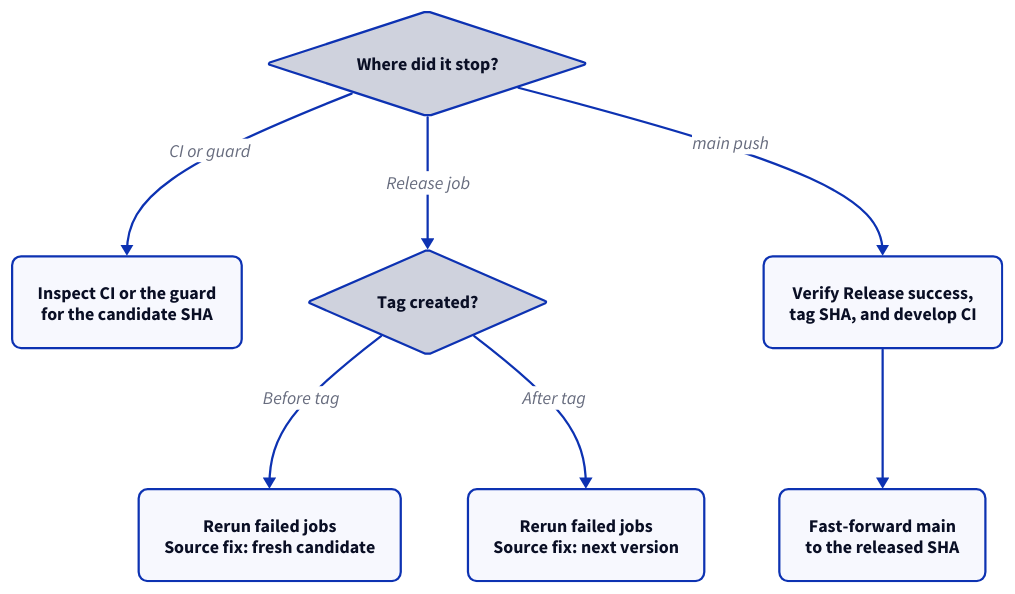
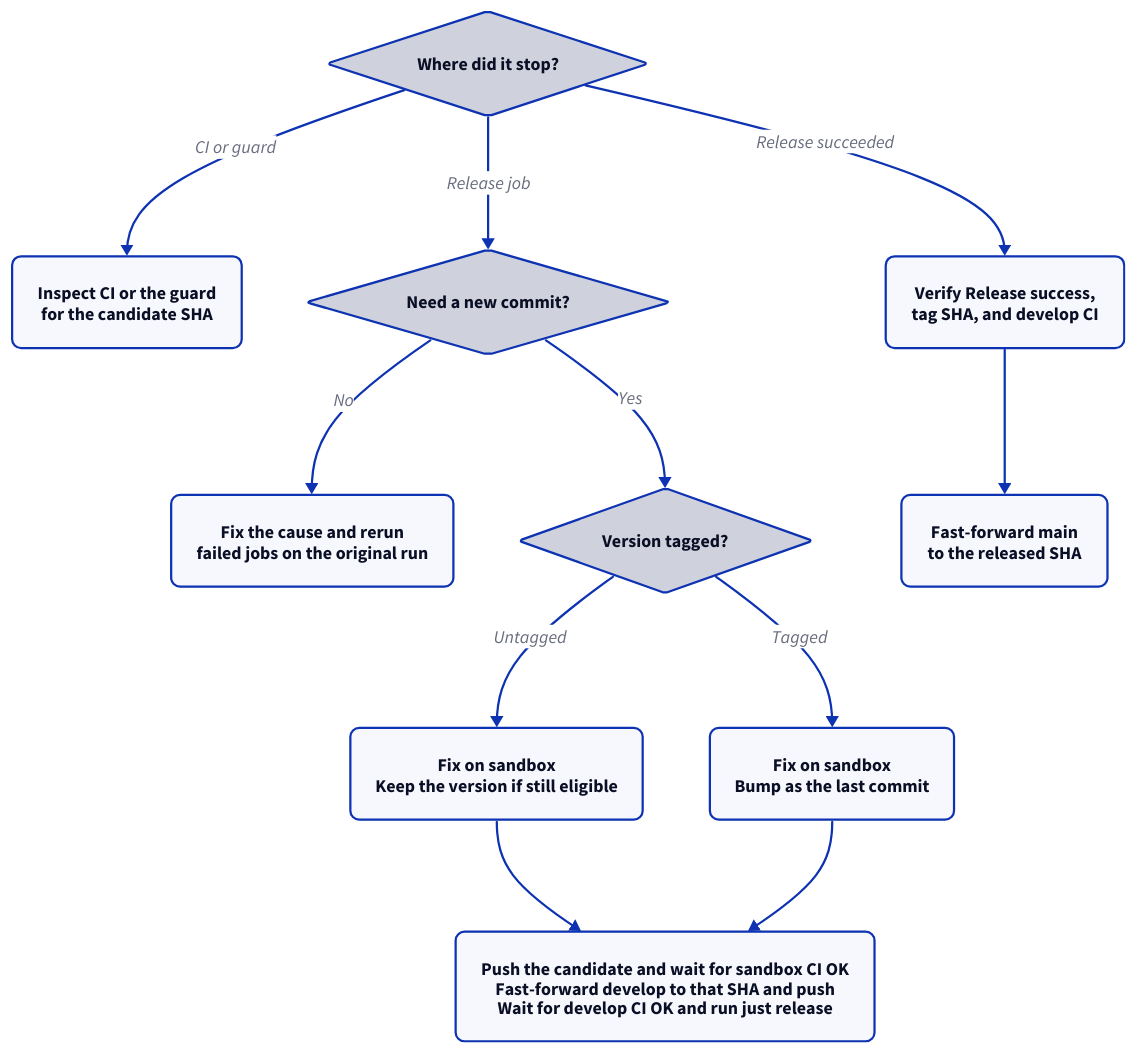
One commit to nbari/cron-when changed the diagram in .github/diagrams/releasing/recovery.d2. Above: the diagram before and after it, drawn with D2. The commit also changed 3 other files, not shown here.

```diff
--- a/.github/diagrams/releasing/recovery.d2
+++ b/.github/diagrams/releasing/recovery.d2
@@ -1,39 +1,52 @@
 direction: down
 
 classes: {
   question: {
     shape: diamond
   }
   step: {
     style.border-radius: 8
   }
 }
 
 failure: Where did it stop? {
   class: question
 }
 ci: "Inspect CI or the guard\nfor the candidate SHA" {
   class: step
 }
-tag: Tag created? {
+new_commit: Need a new commit? {
   class: question
 }
-before: "Rerun failed jobs\nSource fix: fresh candidate" {
+retry: "Fix the cause and rerun\nfailed jobs on the original run" {
   class: step
 }
-after: "Rerun failed jobs\nSource fix: next version" {
+tag: Version tagged? {
+  class: question
+}
+keep: "Fix on sandbox\nKeep the version if still eligible" {
+  class: step
+}
+bump: "Fix on sandbox\nBump as the last commit" {
+  class: step
+}
+qualify: "Push the candidate and wait for sandbox CI OK\nFast-forward develop to that SHA and push\nWait for develop CI OK and run just release" {
   class: step
 }
 verify: "Verify Release success,\ntag SHA, and develop CI" {
   class: step
 }
 push: "Fast-forward main\nto the released SHA" {
   class: step
 }
 
 failure -> ci: CI or guard
-failure -> tag: Release job
-failure -> verify: main push
-tag -> before: Before tag
-tag -> after: After tag
+failure -> new_commit: Release job
+failure -> verify: Release succeeded
+new_commit -> retry: No
+new_commit -> tag: Yes
+tag -> keep: Untagged
+tag -> bump: Tagged
+keep -> qualify
+bump -> qualify
 verify -> push
```
